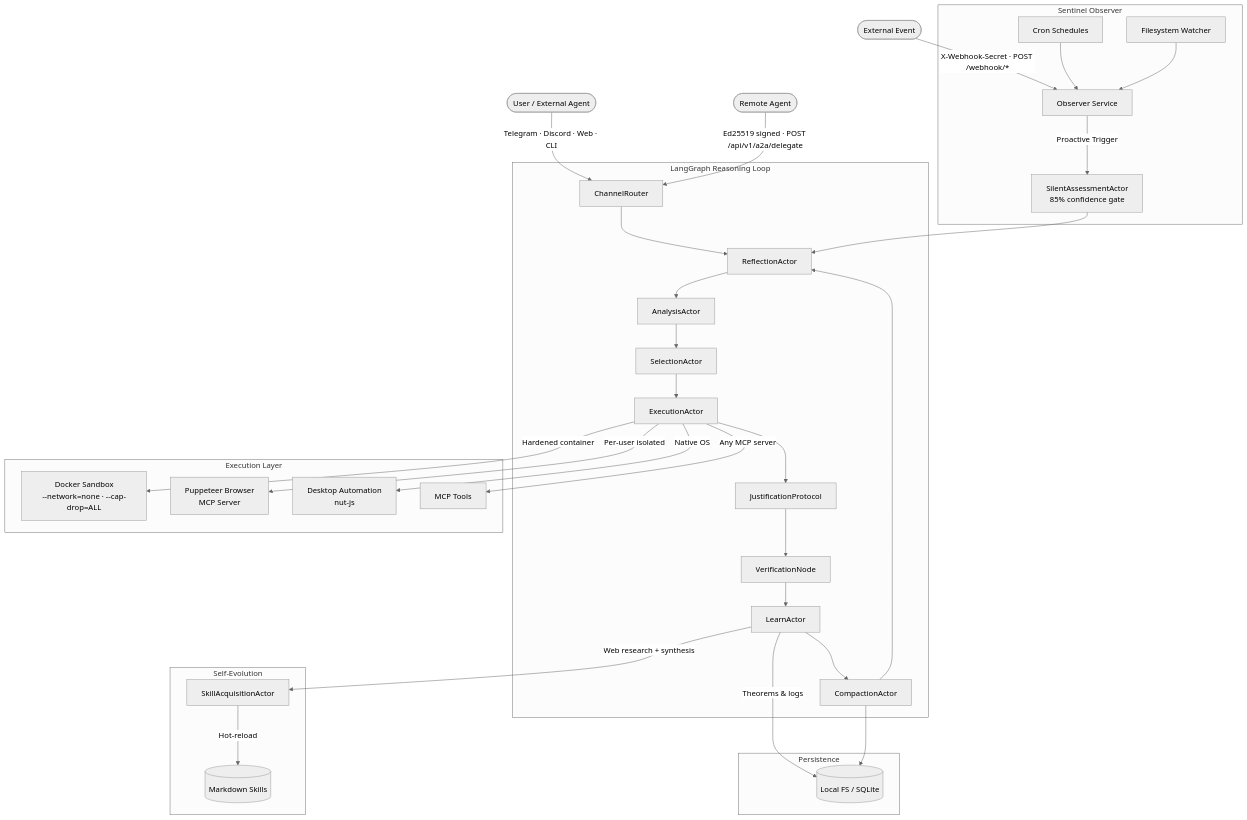
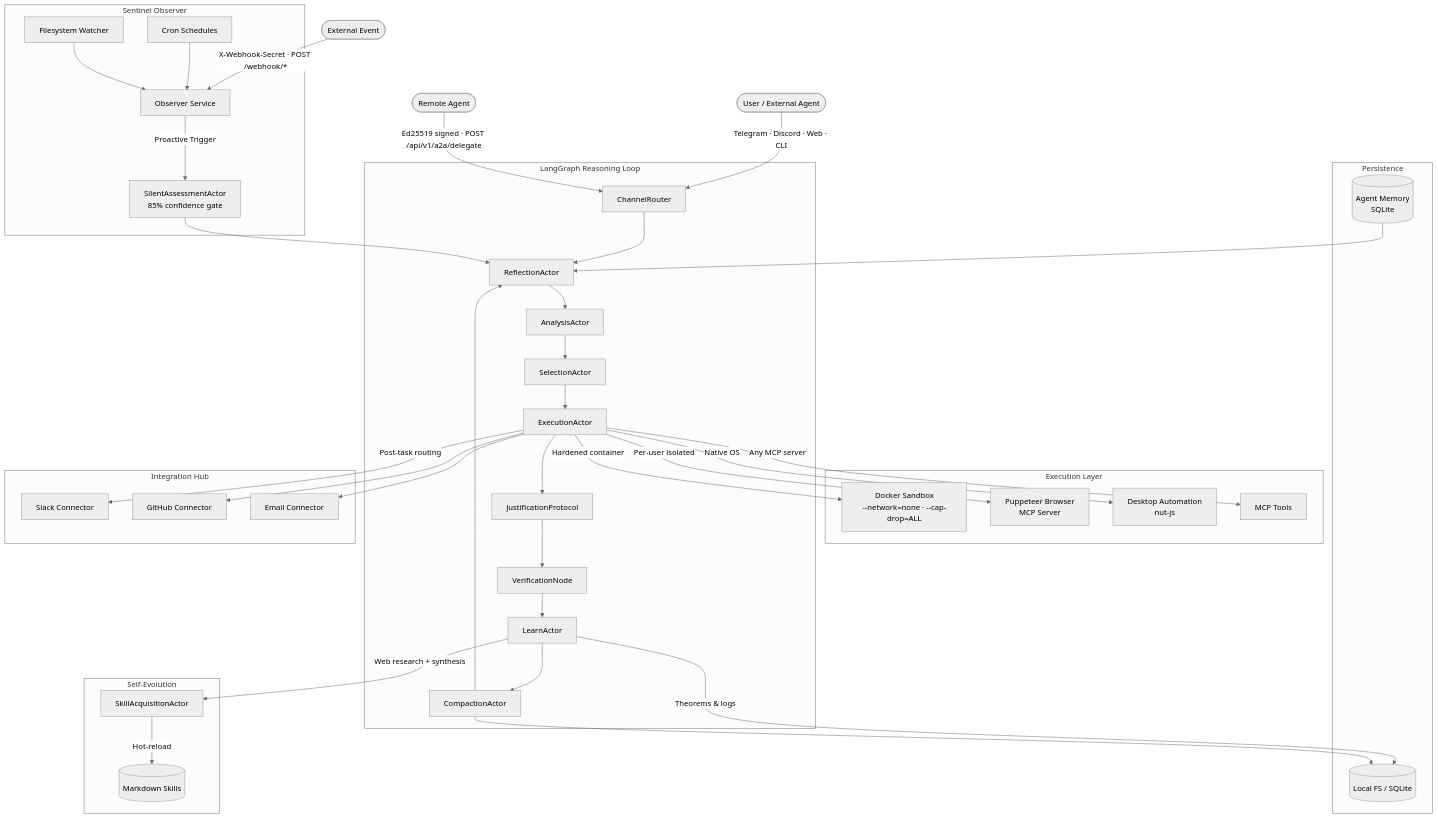
One commit to VectorZen217/MidpointX changed the diagram in README.md. Above: the diagram before and after it, drawn with Mermaid (neutral theme). The commit also changed other lines of this file and 82 other files, not shown here.

````diff
--- a/README.md
+++ b/README.md
@@ -40,43 +62,50 @@
 ```mermaid
 graph TD
     User([User / External Agent]) -->|Telegram · Discord · Web · CLI| Router[ChannelRouter]
     Agent([Remote Agent]) -->|Ed25519 signed · POST /api/v1/a2a/delegate| Router
     Webhook([External Event]) -->|X-Webhook-Secret · POST /webhook/*| Sentinel
 
     subgraph Sentinel Observer
         Sentinel[Observer Service]
         Cron[Cron Schedules] --> Sentinel
         FSWatch[Filesystem Watcher] --> Sentinel
         Sentinel -->|Proactive Trigger| SilentAssessment[SilentAssessmentActor\n85% confidence gate]
     end
 
     subgraph LangGraph Reasoning Loop
         Router --> Reflect[ReflectionActor]
         SilentAssessment --> Reflect
         Reflect --> Analyze[AnalysisActor]
         Analyze --> Select[SelectionActor]
         Select --> Execute[ExecutionActor]
         Execute --> Justify[JustificationProtocol]
         Justify --> Verify[VerificationNode]
         Verify --> Learn[LearnActor]
         Learn --> Compact[CompactionActor]
         Compact --> Reflect
     end
 
     subgraph Execution Layer
         Execute -->|Hardened container| Sandbox[Docker Sandbox\n--network=none · --cap-drop=ALL]
         Execute -->|Per-user isolated| Browser[Puppeteer Browser\nMCP Server]
         Execute -->|Native OS| Desktop[Desktop Automation\nnut-js]
         Execute -->|Any MCP server| MCP[MCP Tools]
     end
 
     subgraph Persistence
         Learn -->|Theorems & logs| Store[(Local FS / SQLite)]
         Compact --> Store
+        AgentMemory[(Agent Memory\nSQLite)] --> Reflect
     end
 
     subgraph Self-Evolution
         Learn -->|Web research + synthesis| SkillAcq[SkillAcquisitionActor]
         SkillAcq -->|Hot-reload| Skills[(Markdown Skills)]
     end
+
+    subgraph Integration Hub
+        Execute -->|Post-task routing| Slack[Slack Connector]
+        Execute --> GitHub[GitHub Connector]
+        Execute --> Email[Email Connector]
+    end
 ```
````
